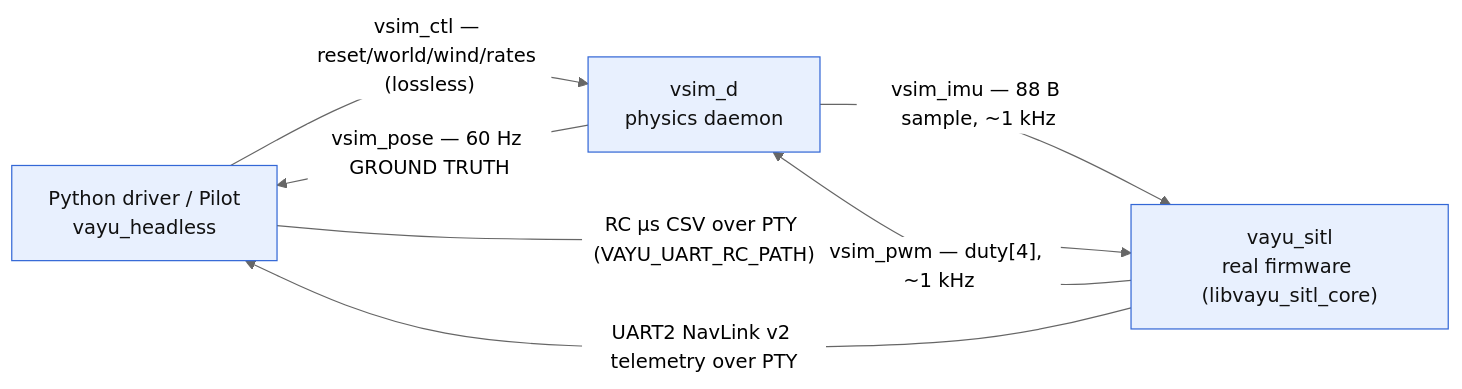
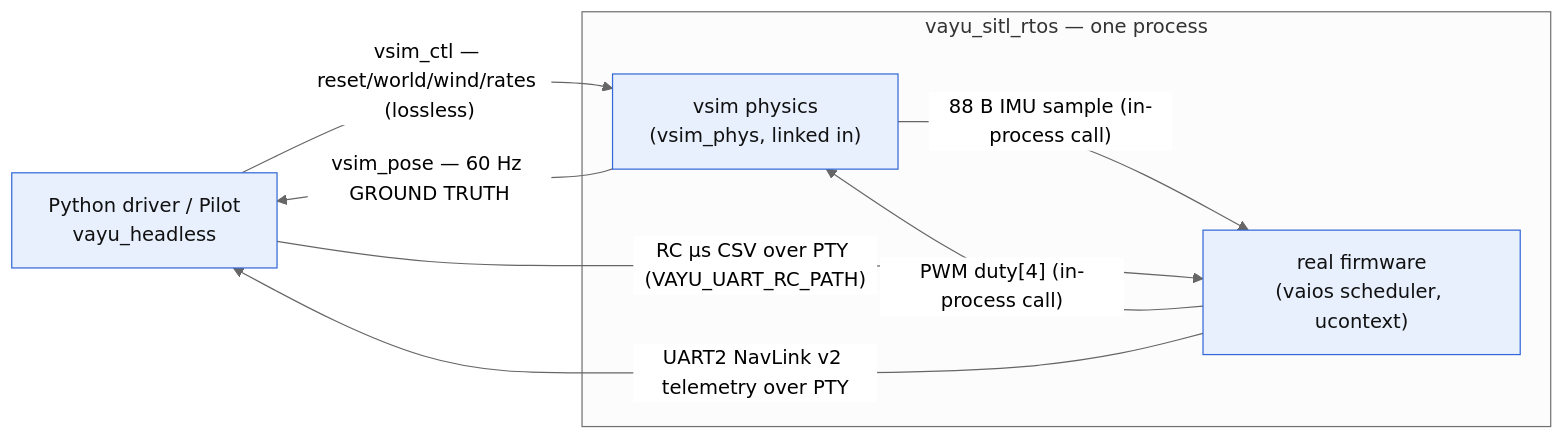
One commit to ragnar-vallhala/vayu changed the first of 5 diagrams in sim/vsim/docs/reference/sim-architecture.md. Above: the diagram before and after it, drawn with Mermaid (neutral theme). The commit also changed other lines of this file and 40 other files, not shown here.

First line of the commit message:
refactor(sitl): single in-process vayu_sitl_rtos; enable FFT notch; gate grass; coalesce telemetry

````diff
--- a/sim/vsim/docs/reference/sim-architecture.md
+++ b/sim/vsim/docs/reference/sim-architecture.md
@@ -27,16 +37,19 @@
 ```mermaid
 flowchart LR
     classDef proc fill:#e8f0fe,stroke:#3367d6,color:#111;
     classDef pipe fill:#f3e8fd,stroke:#7b2cbf,color:#111;
 
     PY["Python driver / Pilot<br/>vayu_headless"]:::proc
-    FW["vayu_sitl<br/>real firmware (libvayu_sitl_core)"]:::proc
-    SIM["vsim_d<br/>physics daemon"]:::proc
 
-    FW -->|"vsim_pwm — duty[4], ~1 kHz"| SIM
-    SIM -->|"vsim_imu — 88 B sample, ~1 kHz"| FW
+    subgraph BIN ["vayu_sitl_rtos — one process"]
+        FW["real firmware<br/>(vaios scheduler, ucontext)"]:::proc
+        SIM["vsim physics<br/>(vsim_phys, linked in)"]:::proc
+        FW -->|"PWM duty[4] (in-process call)"| SIM
+        SIM -->|"88 B IMU sample (in-process call)"| FW
+    end
+
     SIM -->|"vsim_pose — 60 Hz GROUND TRUTH"| PY
     PY -->|"vsim_ctl — reset/world/wind/rates (lossless)"| SIM
     PY -->|"RC µs CSV over PTY (VAYU_UART_RC_PATH)"| FW
     FW -->|"UART2 NavLink v2 telemetry over PTY"| PY
 ```
````
